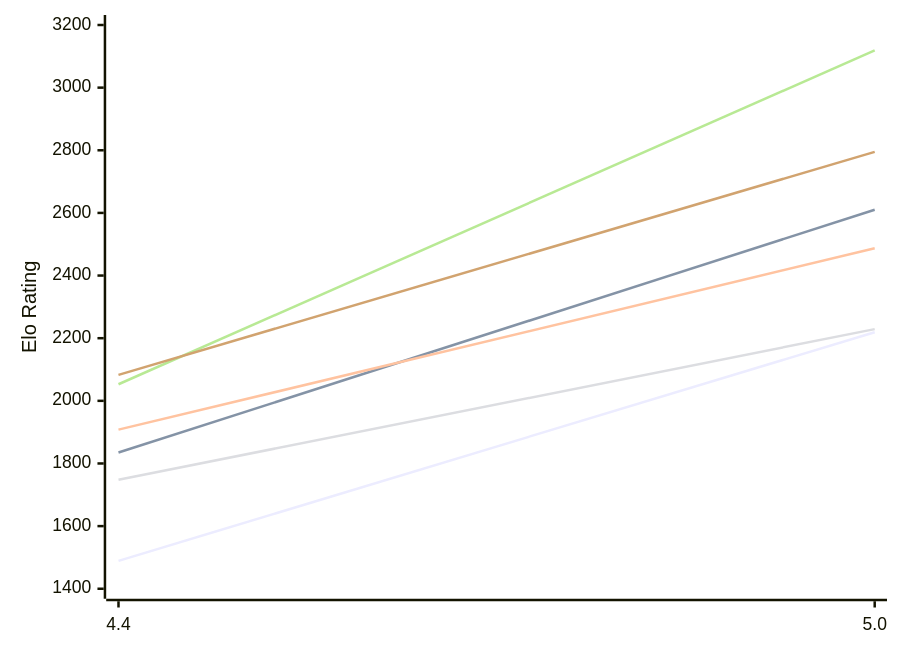
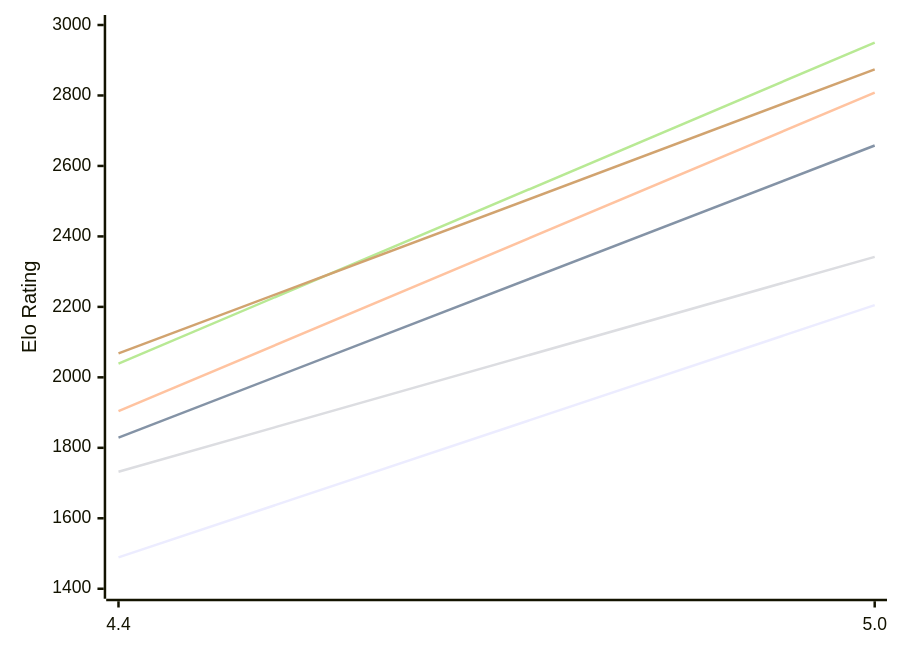
Before and after one commit to computer-chess-index/cci: the first of 2 diagrams in engines/Radiance.md, drawn with Mermaid. The commit also changed other lines of this file, not shown here.

Commit message:
Update CCI Ratings (ELO VLTC) - 2026-10-13

````diff
--- a/engines/Radiance.md
+++ b/engines/Radiance.md
@@ -51,12 +51,12 @@
 ```mermaid
 %%{init: {"theme":"base","themeVariables":{"seriesColors:['#a3a3a3','#222221','#faa371']}}}%%
 xychart-beta
   x-axis ["4.4", "5.0"]
-  y-axis "Elo Rating" 1400 --> 3200
-  line "E1: STC (8.0+0.08s)" [1489, 2219]
-  line "E1: LTC (60.0+0.60s)" [1835, 2610]
-  line "E1: VLTC (2m24s+1.12s)" [1908, 2487]
-  line "P1: STC (8.0+0.08s)" [1748, 2229]
-  line "P1: LTC (60.0+0.60s)" [2053, 3119]
-  line "P1: VLTC (2m24s+1.12s)" [2083, 2795]
+  y-axis "Elo Rating" 1400 --> 3000
+  line "E1: STC (8.0+0.08s)" [1489, 2205]
+  line "E1: LTC (60.0+0.60s)" [1829, 2658]
+  line "E1: VLTC (2m24s+1.12s)" [1904, 2808]
+  line "P1: STC (8.0+0.08s)" [1732, 2342]
+  line "P1: LTC (60.0+0.60s)" [2039, 2950]
+  line "P1: VLTC (2m24s+1.12s)" [2068, 2874]
 ```
````
